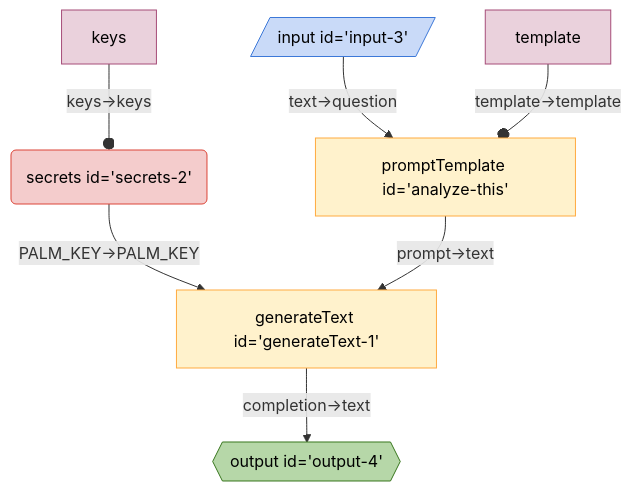
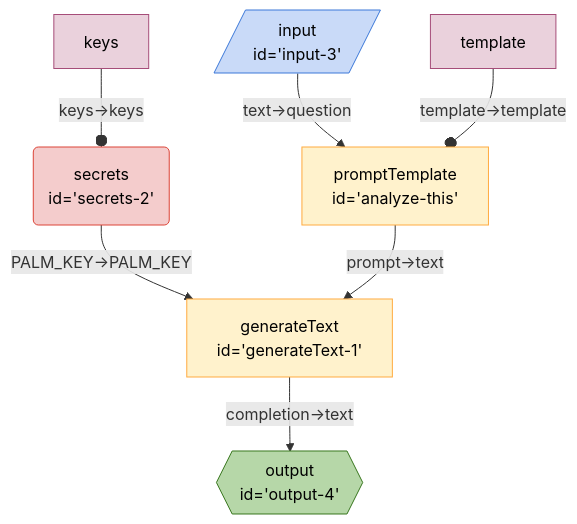
The diagram in seeds/graph-playground/docs/graphs/simple-prompt.md (breadboard-ai/breadboard), drawn with Mermaid before and after one commit. The commit also changed 16 other files, not shown here.

First line of the commit message:
add line break back to mermaid diagrams

````diff
--- a/seeds/graph-playground/docs/graphs/simple-prompt.md
+++ b/seeds/graph-playground/docs/graphs/simple-prompt.md
@@ -5,18 +5,18 @@
   ```mermaid
   %%{init: 'themeVariables': { 'fontFamily': 'Fira Code, monospace' }}%%
 graph TD;
-secrets2("secrets id='secrets-2'"):::secrets -- "PALM_KEY->PALM_KEY" --> generateText1["generateText id='generateText-1'"]
-generateText1["generateText id='generateText-1'"] -- "completion->text" --> output4{{"output id='output-4'"}}:::output
-analyzethis["promptTemplate id='analyze-this'"] -- "prompt->text" --> generateText1["generateText id='generateText-1'"]
-input3[/"input id='input-3'"/]:::input -- "text->question" --> analyzethis["promptTemplate id='analyze-this'"]
+secrets2("secrets <br> id='secrets-2'"):::secrets -- "PALM_KEY->PALM_KEY" --> generateText1["generateText <br> id='generateText-1'"]
+generateText1["generateText <br> id='generateText-1'"] -- "completion->text" --> output4{{"output <br> id='output-4'"}}:::output
+analyzethis["promptTemplate <br> id='analyze-this'"] -- "prompt->text" --> generateText1["generateText <br> id='generateText-1'"]
+input3[/"input <br> id='input-3'"/]:::input -- "text->question" --> analyzethis["promptTemplate <br> id='analyze-this'"]
 keyssecrets2[keys]:::config -- "keys->keys" --o secrets2
 templateanalyzethis[template]:::config -- "template->template" --o analyzethis
 classDef default stroke:#ffab40,fill:#fff2ccff,color:#000
 classDef input stroke:#3c78d8,fill:#c9daf8ff,color:#000
 classDef output stroke:#38761d,fill:#b6d7a8ff,color:#000
 classDef passthrough stroke:#a64d79,fill:#ead1dcff,color:#000
 classDef slot stroke:#a64d79,fill:#ead1dcff,color:#000
 classDef config stroke:#a64d79,fill:#ead1dcff,color:#000
 classDef secrets stroke:#db4437,fill:#f4cccc,color:#000
 classDef slotted stroke:#a64d79
   ```
````
